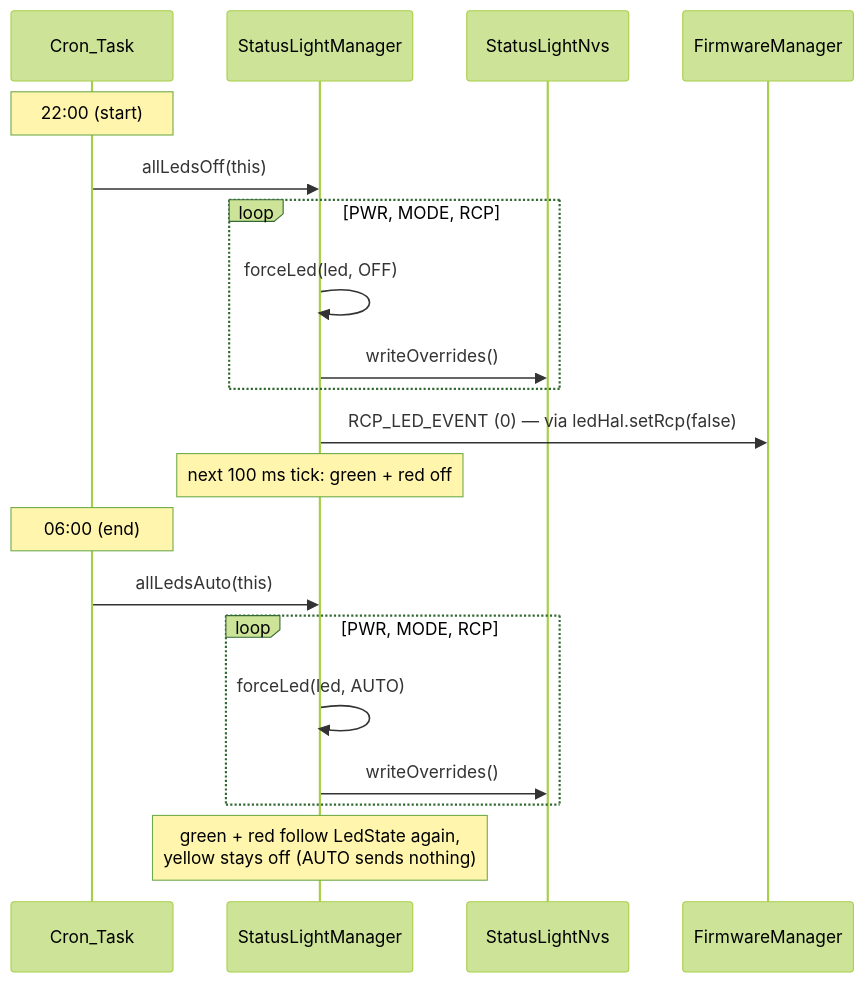
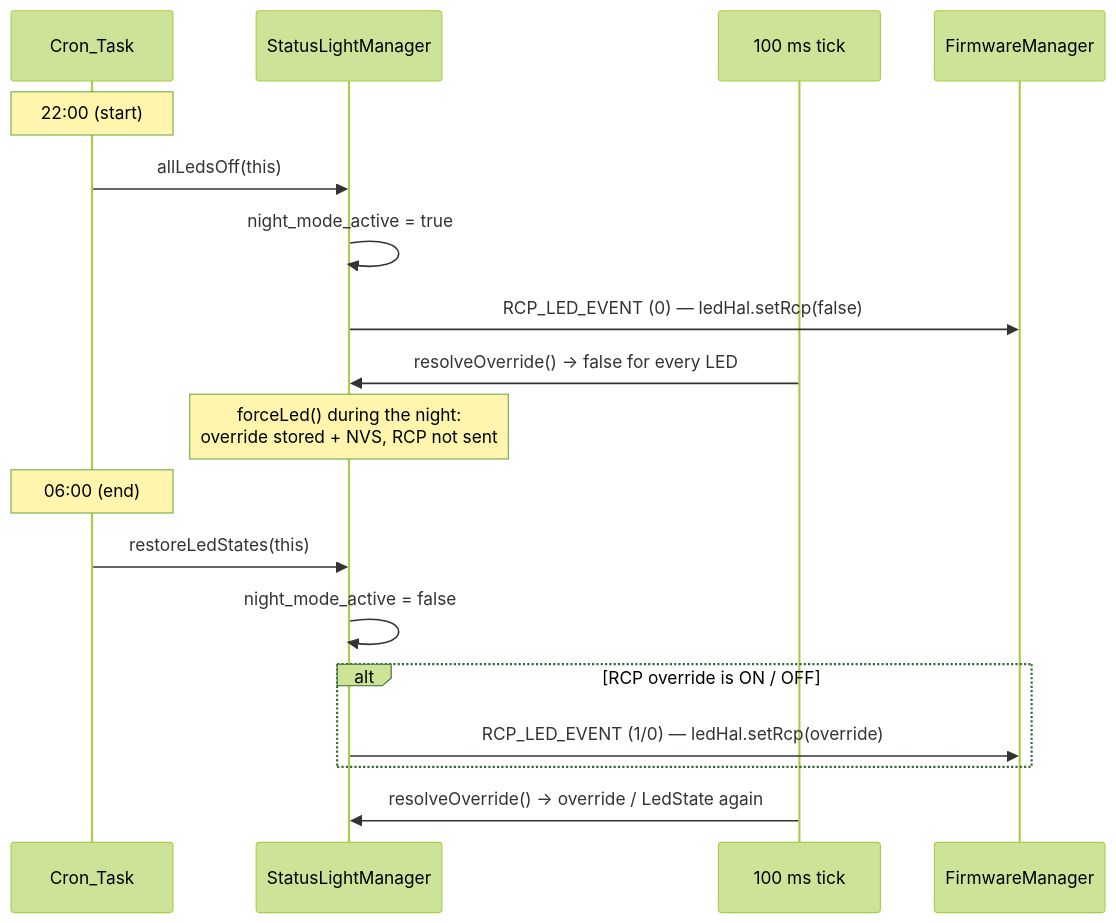
Before and after one commit to codm/czc-unified: the fourth of 5 diagrams in components/status_light/README.md, drawn with Mermaid (forest theme). The commit also changed other lines of this file and 4 other files, not shown here.

Commit message:
fix night mode end bug

````diff
--- a/components/status_light/README.md
+++ b/components/status_light/README.md
@@ -276,24 +294,23 @@
 ```mermaid
 sequenceDiagram
     participant Cron as Cron_Task
     participant SLM as StatusLightManager
-    participant NVS as StatusLightNvs
+    participant Tick as 100 ms tick
     participant FM as FirmwareManager
 
     Note over Cron: 22:00 (start)
     Cron->>SLM: allLedsOff(this)
-    loop PWR, MODE, RCP
-        SLM->>SLM: forceLed(led, OFF)
-        SLM->>NVS: writeOverrides()
-    end
-    SLM->>FM: RCP_LED_EVENT (0) — via ledHal.setRcp(false)
-    Note over SLM: next 100 ms tick: green + red off
+    SLM->>SLM: night_mode_active = true
+    SLM->>FM: RCP_LED_EVENT (0) — ledHal.setRcp(false)
+    Tick->>SLM: resolveOverride() → false for every LED
+
+    Note over SLM: forceLed() during the night:<br/>override stored + NVS, RCP not sent
 
     Note over Cron: 06:00 (end)
-    Cron->>SLM: allLedsAuto(this)
-    loop PWR, MODE, RCP
-        SLM->>SLM: forceLed(led, AUTO)
-        SLM->>NVS: writeOverrides()
+    Cron->>SLM: restoreLedStates(this)
+    SLM->>SLM: night_mode_active = false
+    alt RCP override is ON / OFF
+        SLM->>FM: RCP_LED_EVENT (1/0) — ledHal.setRcp(override)
     end
-    Note over SLM: green + red follow LedState again,<br/>yellow stays off (AUTO sends nothing)
+    Tick->>SLM: resolveOverride() → override / LedState again
 ```
````
